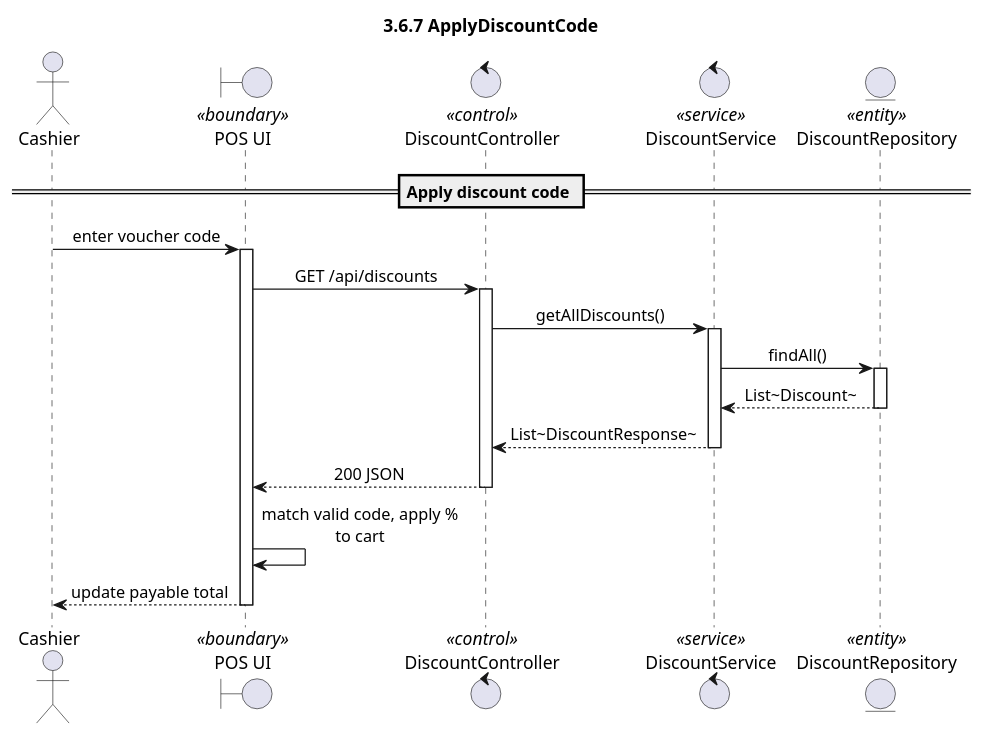
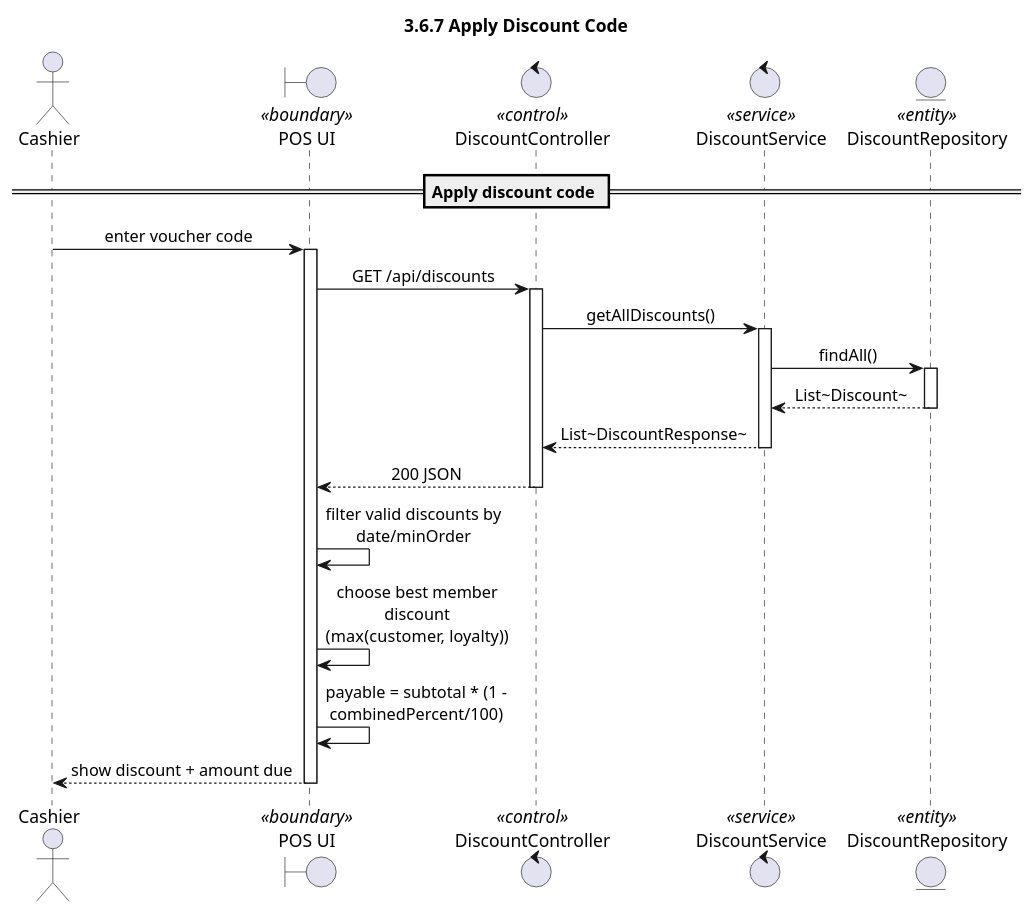
Before and after one commit to QuyQuy123/supermarket: the diagram in docs/sequences/3-6-06-apply-discount.puml, drawn with PlantUML. The commit also changed 11 other files, not shown here.

```diff
--- a/docs/sequences/3-6-06-apply-discount.puml
+++ b/docs/sequences/3-6-06-apply-discount.puml
@@ -1,35 +1,37 @@
 @startuml
 skinparam shadowing false
 skinparam responseMessageBelowArrow true
 skinparam sequenceMessageAlign center
 skinparam maxMessageSize 180
 skinparam sequenceParticipant underline false
 skinparam stereotypePosition top
-title 3.6.7 ApplyDiscountCode
+title 3.6.7 Apply Discount Code
 
 actor "Cashier" as C
 boundary "POS UI" as UI <<boundary>>
 control "DiscountController" as DC <<control>>
 control "DiscountService" as S <<service>>
 entity "DiscountRepository" as R <<entity>>
 
 == Apply discount code ==
 C -> UI: enter voucher code
 activate UI
 UI -> DC: GET /api/discounts
 activate DC
 DC -> S: getAllDiscounts()
 activate S
 S -> R: findAll()
 activate R
 R --> S: List~Discount~
 deactivate R
 S --> DC: List~DiscountResponse~
 deactivate S
 DC --> UI: 200 JSON
 deactivate DC
-UI -> UI: match valid code, apply %\nto cart
-UI --> C: update payable total
+UI -> UI: filter valid discounts by date/minOrder
+UI -> UI: choose best member discount\n(max(customer, loyalty))
+UI -> UI: payable = subtotal * (1 - combinedPercent/100)
+UI --> C: show discount + amount due
 deactivate UI
 
 @enduml
```
